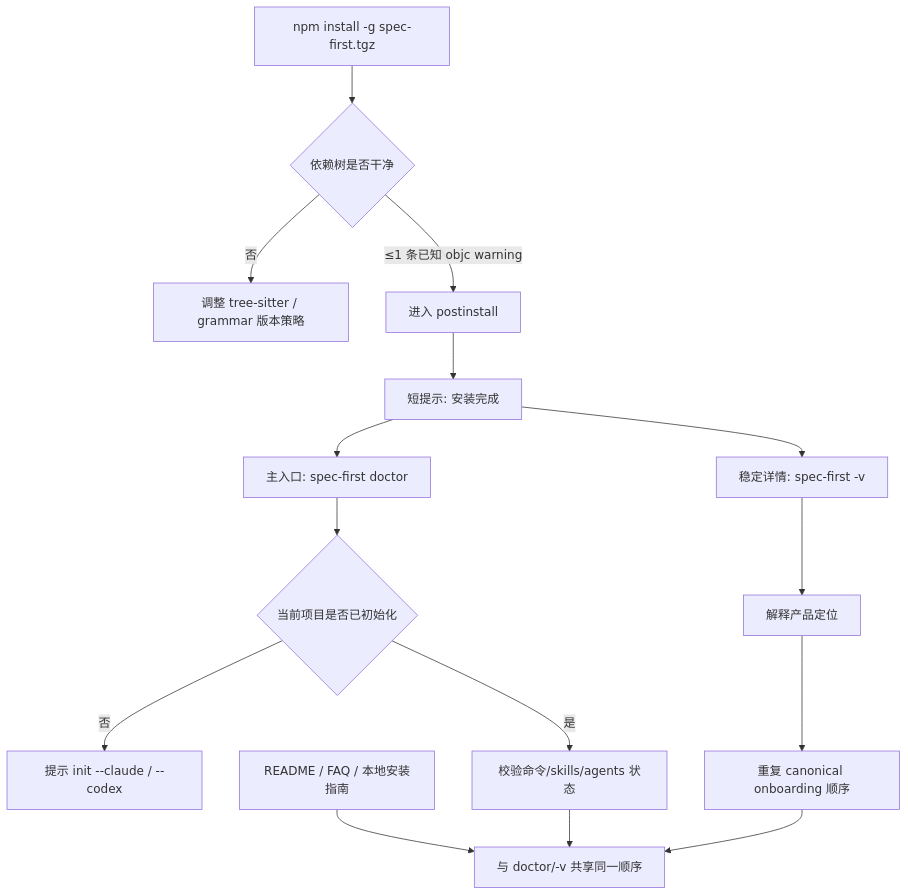
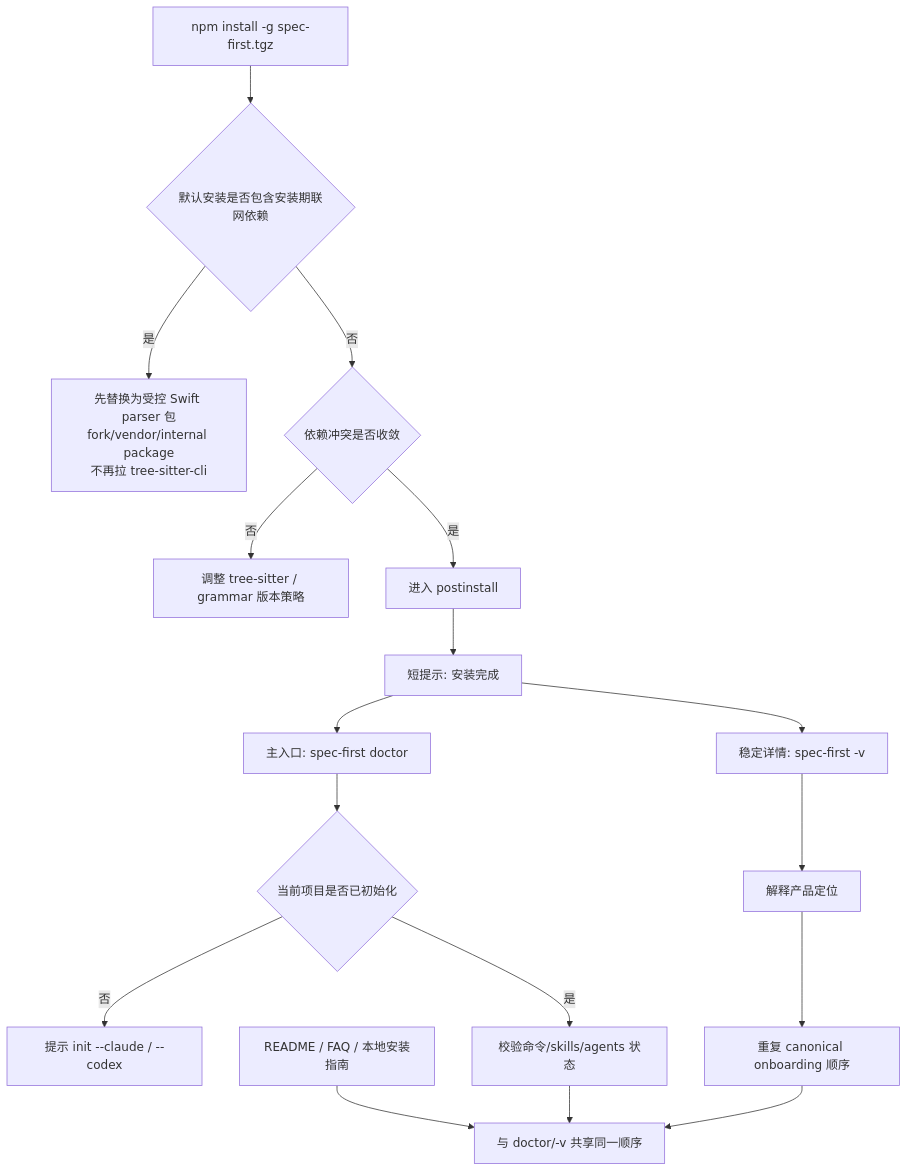
One commit to ajiao7240/spec-first changed the diagram in docs/plans/2026-04-12-001-feat-npm-install-experience-plan.md. Above: the diagram before and after it, drawn with Mermaid. The commit also changed other lines of this file and 195 other files, not shown here.

First line of the commit message:
chore: 积压变更——init workflowsRoot 拆分 + 模板路径更新 + vendor/.claude 从版本控制移除 [FSREQ-INSTALL]

````diff
--- a/docs/plans/2026-04-12-001-feat-npm-install-experience-plan.md
+++ b/docs/plans/2026-04-12-001-feat-npm-install-experience-plan.md
@@ -116,21 +137,23 @@
 ```mermaid
 flowchart TD
-    A[npm install -g spec-first.tgz] --> B{依赖树是否干净}
-    B -->|否| C[调整 tree-sitter / grammar 版本策略]
-    B -->|≤1 条已知 objc warning| D[进入 postinstall]
+    A[npm install -g spec-first.tgz] --> B{默认安装是否包含安装期联网依赖}
+    B -->|是| C[先替换为受控 Swift parser 包\nfork/vendor/internal package\n不再拉 tree-sitter-cli]
+    B -->|否| D{依赖冲突是否收敛}
+    D -->|否| E[调整 tree-sitter / grammar 版本策略]
+    D -->|是| F[进入 postinstall]
 
-    D --> E[短提示: 安装完成]
-    E --> F[主入口: spec-first doctor]
-    E --> G[稳定详情: spec-first -v]
+    F --> G[短提示: 安装完成]
+    G --> H[主入口: spec-first doctor]
+    G --> I[稳定详情: spec-first -v]
 
-    F --> H{当前项目是否已初始化}
-    H -->|否| I[提示 init --claude / --codex]
-    H -->|是| J[校验命令/skills/agents 状态]
+    H --> J{当前项目是否已初始化}
+    J -->|否| K[提示 init --claude / --codex]
+    J -->|是| L[校验命令/skills/agents 状态]
 
-    G --> K[解释产品定位]
-    K --> L[重复 canonical onboarding 顺序]
+    I --> M[解释产品定位]
+    M --> N[重复 canonical onboarding 顺序]
 
-    M[README / FAQ / 本地安装指南] --> N[与 doctor/-v 共享同一顺序]
-    J --> N
-    L --> N
+    O[README / FAQ / 本地安装指南] --> P[与 doctor/-v 共享同一顺序]
+    L --> P
+    N --> P
 ```
````
